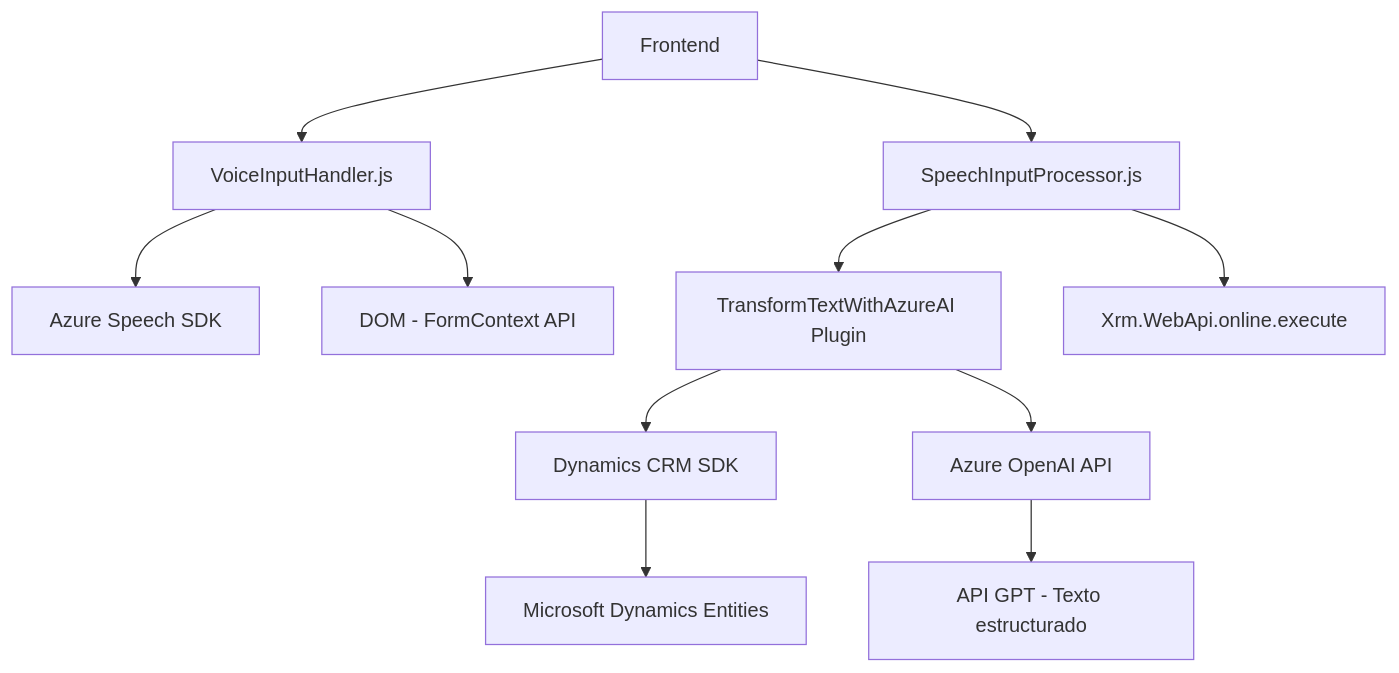
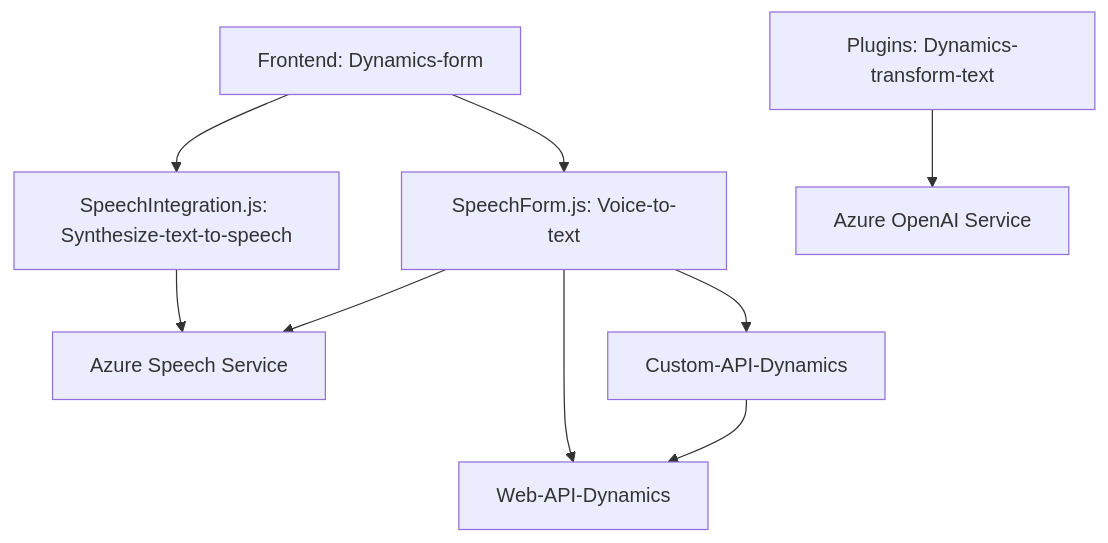
Before and after one commit to blopezdm/NETCORE_BILBAO2025: the diagram in README.md, drawn with Mermaid. The commit also changed other lines of this file, not shown here.

````diff
--- a/README.md
+++ b/README.md
@@ -38,16 +45,20 @@
 ```mermaid
 graph TD
-A["Frontend"] --> B["VoiceInputHandler.js"]
-B --> C["Azure Speech SDK"]
-B --> D["DOM - FormContext API"]
+A["Frontend: Dynamics-form"]
+B["SpeechIntegration.js: Synthesize-text-to-speech"]
+C["SpeechForm.js: Voice-to-text"]
+D["Plugins: Dynamics-transform-text"]
+E["Azure Speech Service"]
+F["Azure OpenAI Service"]
+G["Custom-API-Dynamics"]
+H["Web-API-Dynamics"]
 
-A --> E["SpeechInputProcessor.js"]
-E --> F["Custom API - TransformTextWithAzureAI"]
-E --> G["Xrm.WebApi.online.execute"]
-
-F["TransformTextWithAzureAI Plugin"] --> H["Dynamics CRM SDK"]
-F --> I["Azure OpenAI API"]
-
-H --> J["Microsoft Dynamics Entities"]
-I --> K["API GPT - Texto estructurado"]
+A --> B
+A --> C
+B --> E
+C --> E
+C --> G
+C --> H
+D --> F
+G --> H
 ```
````
